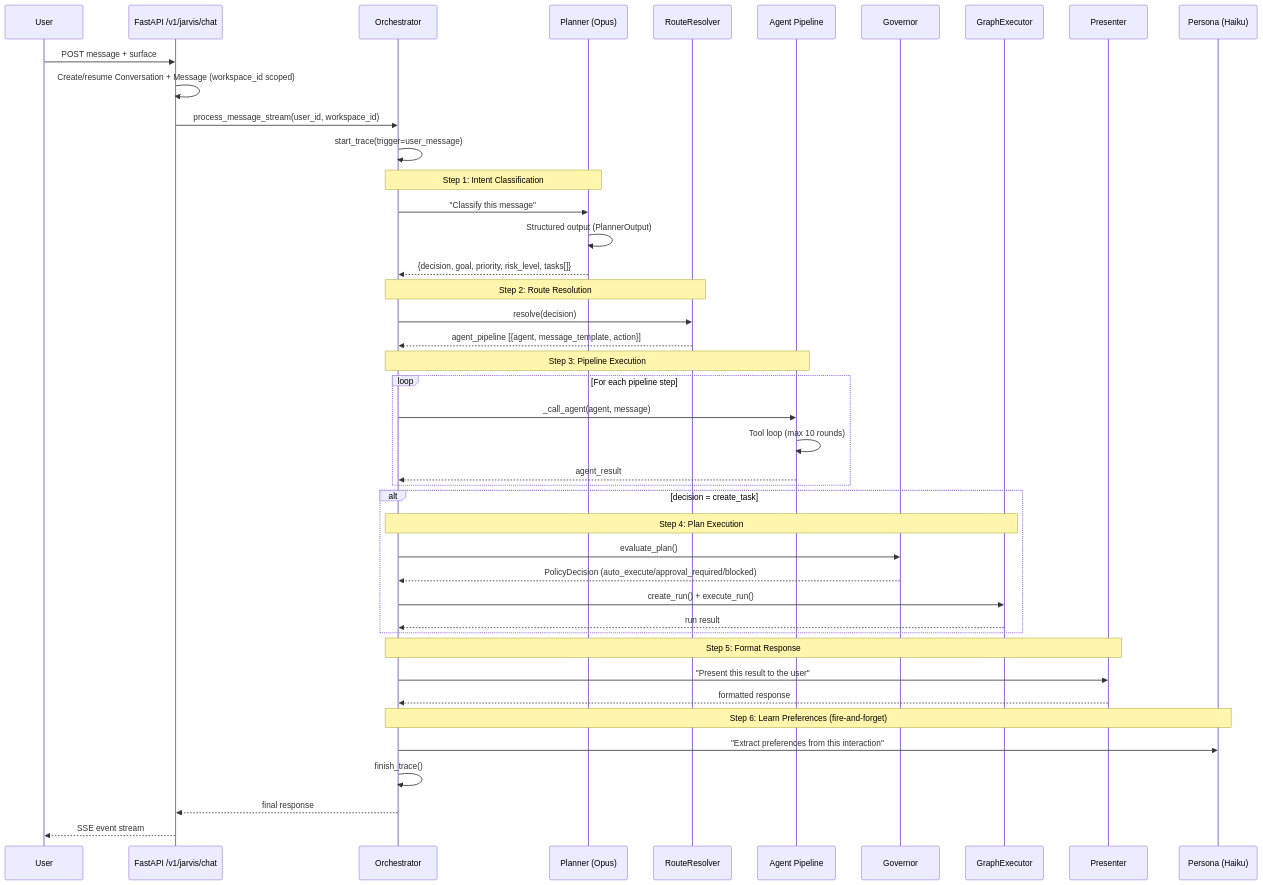
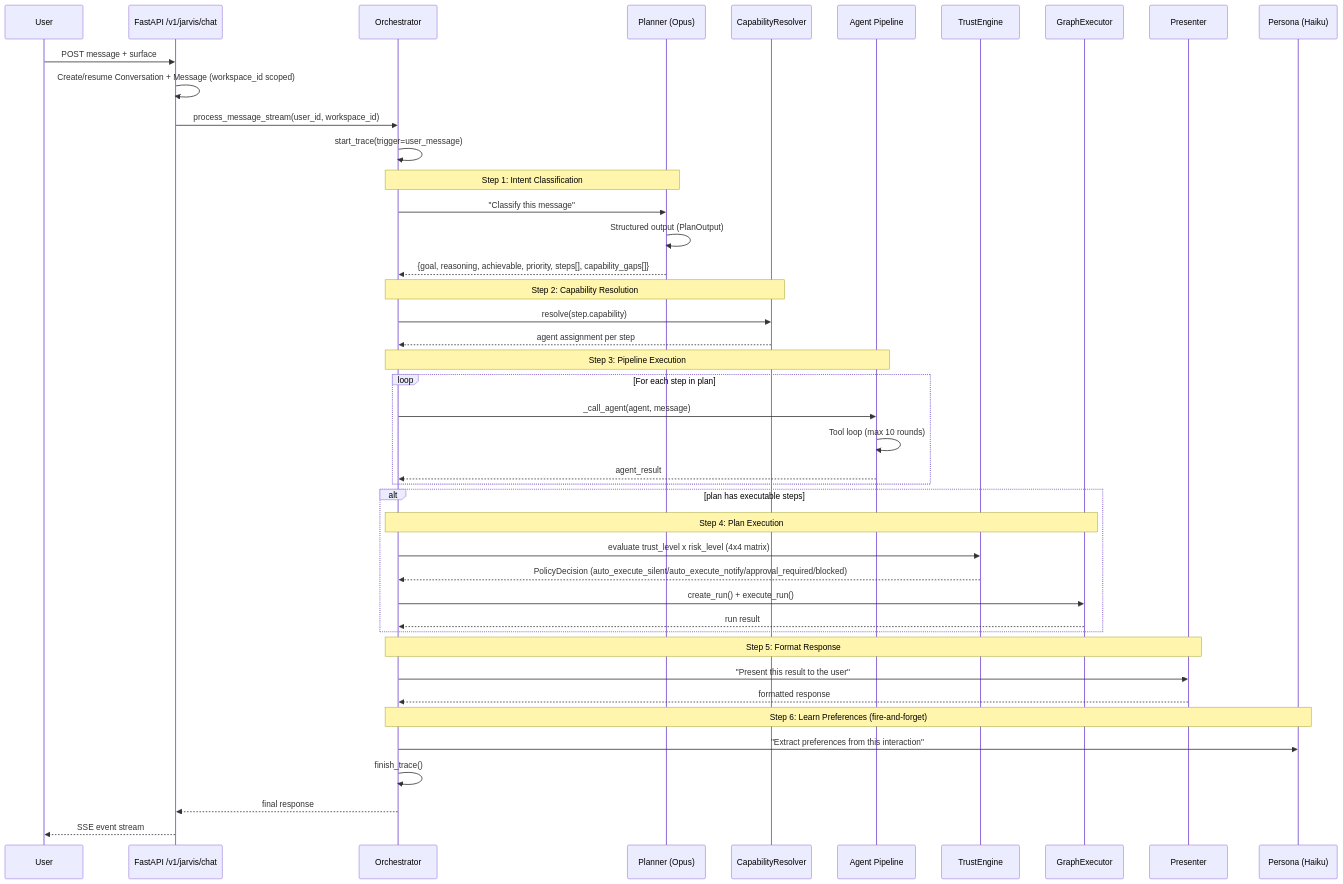
Before and after one commit to shivadharmi/muldro: the first of 3 diagrams in docs/architecture/message-flow.md, drawn with Mermaid. The commit also changed other lines of this file and 11 other files, not shown here.

First line of the commit message:
docs: update all architecture docs and README for post-15-spec redesign

````diff
--- a/docs/architecture/message-flow.md
+++ b/docs/architecture/message-flow.md
@@ -7,53 +7,53 @@
 ```mermaid
 sequenceDiagram
     participant U as User
     participant API as FastAPI /v1/jarvis/chat
     participant O as Orchestrator
     participant P as Planner (Opus)
-    participant RR as RouteResolver
+    participant CR as CapabilityResolver
     participant A as Agent Pipeline
-    participant G as Governor
+    participant TE as TrustEngine
     participant GE as GraphExecutor
     participant PR as Presenter
     participant PA as Persona (Haiku)
 
     U->>API: POST message + surface
     API->>API: Create/resume Conversation + Message (workspace_id scoped)
     API->>O: process_message_stream(user_id, workspace_id)
     O->>O: start_trace(trigger=user_message)
 
     Note over O,P: Step 1: Intent Classification
     O->>P: "Classify this message"
-    P->>P: Structured output (PlannerOutput)
-    P-->>O: {decision, goal, priority, risk_level, tasks[]}
+    P->>P: Structured output (PlanOutput)
+    P-->>O: {goal, reasoning, achievable, priority, steps[], capability_gaps[]}
 
-    Note over O,RR: Step 2: Route Resolution
-    O->>RR: resolve(decision)
-    RR-->>O: agent_pipeline [{agent, message_template, action}]
+    Note over O,CR: Step 2: Capability Resolution
+    O->>CR: resolve(step.capability)
+    CR-->>O: agent assignment per step
 
     Note over O,A: Step 3: Pipeline Execution
-    loop For each pipeline step
+    loop For each step in plan
         O->>A: _call_agent(agent, message)
         A->>A: Tool loop (max 10 rounds)
         A-->>O: agent_result
     end
 
-    alt decision = create_task
+    alt plan has executable steps
         Note over O,GE: Step 4: Plan Execution
-        O->>G: evaluate_plan()
-        G-->>O: PolicyDecision (auto_execute/approval_required/blocked)
+        O->>TE: evaluate trust_level x risk_level (4x4 matrix)
+        TE-->>O: PolicyDecision (auto_execute_silent/auto_execute_notify/approval_required/blocked)
         O->>GE: create_run() + execute_run()
         GE-->>O: run result
     end
 
     Note over O,PR: Step 5: Format Response
     O->>PR: "Present this result to the user"
     PR-->>O: formatted response
 
     Note over O,PA: Step 6: Learn Preferences (fire-and-forget)
     O->>PA: "Extract preferences from this interaction"
 
     O->>O: finish_trace()
     O-->>API: final response
     API-->>U: SSE event stream
 ```
````
